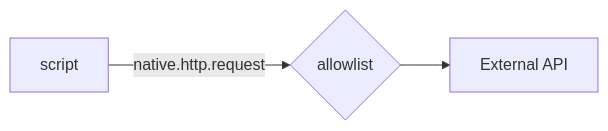
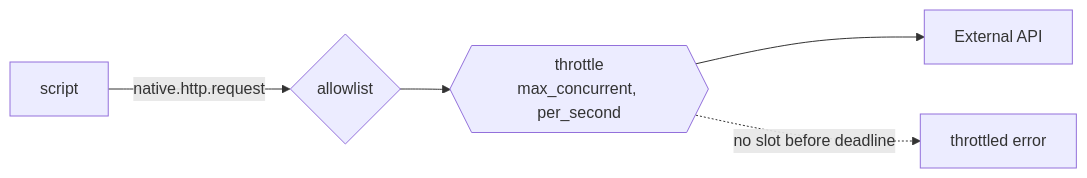
One commit to vivainio/integraal changed the ninth of 14 diagrams in docs/patterns.md. Above: the diagram before and after it, drawn with Mermaid. The commit also changed other lines of this file, not shown here.

Commit message:
patterns: add outbound HTTP throttling

````diff
--- a/docs/patterns.md
+++ b/docs/patterns.md
@@ -106,4 +109,5 @@
 ```mermaid
 flowchart LR
-    S[script] -->|native.http.request| A{allowlist} --> X[External API]
+    S[script] -->|native.http.request| A{allowlist} --> T{{"throttle<br/>max_concurrent, per_second"}} --> X[External API]
+    T -. no slot before deadline .-> E[throttled error]
 ```
````
